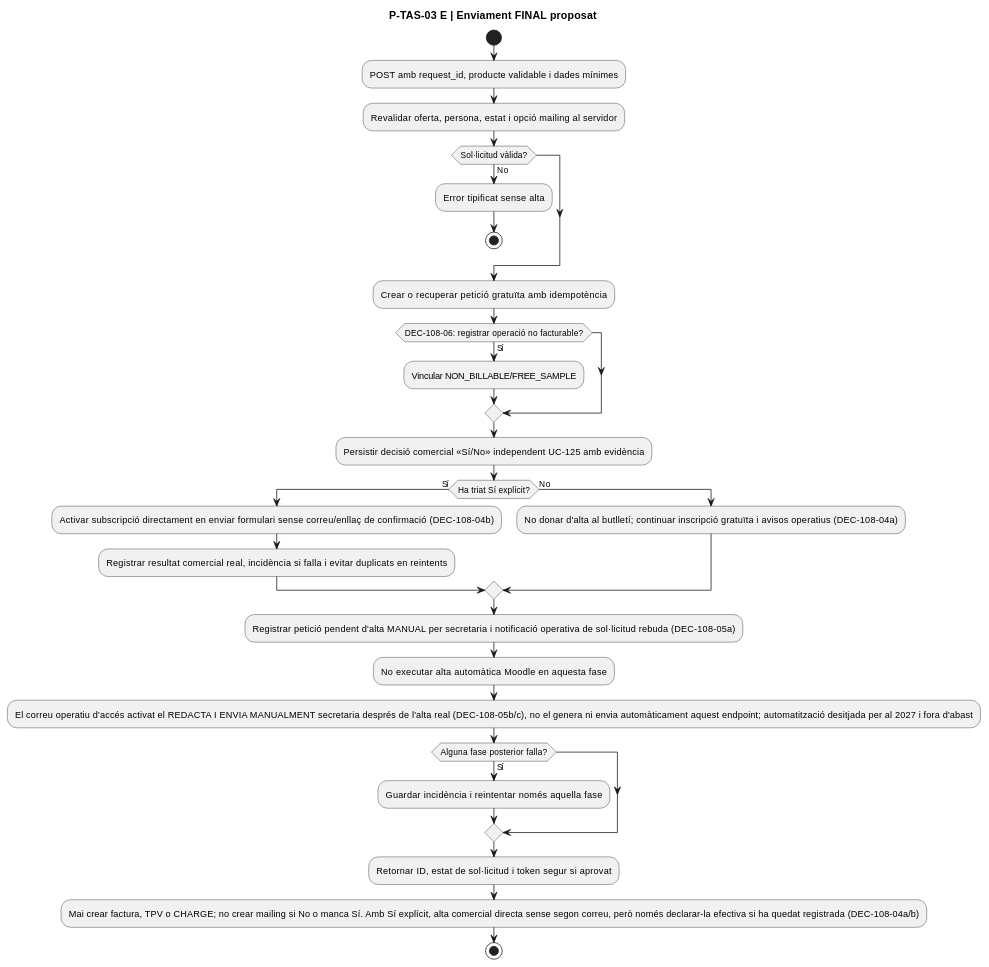
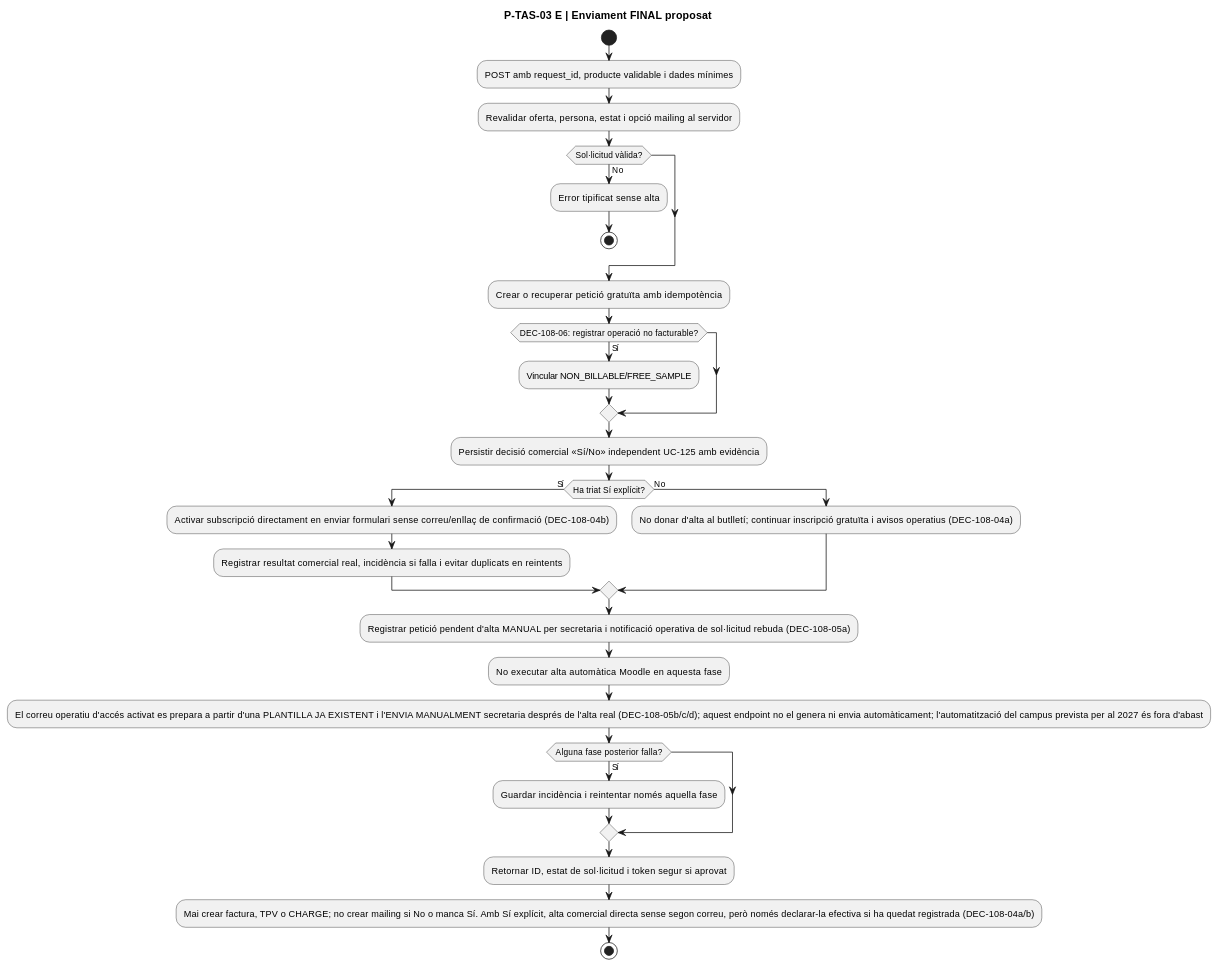
Before and after one commit to orgmeriemprismacat-del/verifactu: diagram 26 of 32 in documentacio/07-uml-integrat/uc-108-activitats-pagines-tastets-actual-final.md, drawn with PlantUML. The commit also changed other lines of this file, not shown here.

````diff
--- a/documentacio/07-uml-integrat/uc-108-activitats-pagines-tastets-actual-final.md
+++ b/documentacio/07-uml-integrat/uc-108-activitats-pagines-tastets-actual-final.md
@@ -639,32 +639,32 @@
 ```plantuml
 @startuml
 title P-TAS-03 E | Enviament FINAL proposat
 start
 :POST amb request_id, producte validable i dades mínimes;
 :Revalidar oferta, persona, estat i opció mailing al servidor;
 if (Sol·licitud vàlida?) then (No)
   :Error tipificat sense alta;
   stop
 endif
 :Crear o recuperar petició gratuïta amb idempotència;
 if (DEC-108-06: registrar operació no facturable?) then (Sí)
   :Vincular NON_BILLABLE/FREE_SAMPLE;
 endif
 :Persistir decisió comercial «Sí/No» independent UC-125 amb evidència;
 if (Ha triat Sí explícit?) then (Sí)
   :Activar subscripció directament en enviar formulari sense correu/enllaç de confirmació (DEC-108-04b);
   :Registrar resultat comercial real, incidència si falla i evitar duplicats en reintents;
 else (No)
   :No donar d'alta al butlletí; continuar inscripció gratuïta i avisos operatius (DEC-108-04a);
 endif
 :Registrar petició pendent d'alta MANUAL per secretaria i notificació operativa de sol·licitud rebuda (DEC-108-05a);
 :No executar alta automàtica Moodle en aquesta fase;
-:El correu operatiu d'accés activat el REDACTA I ENVIA MANUALMENT secretaria després de l'alta real (DEC-108-05b/c), no el genera ni envia automàticament aquest endpoint; automatització desitjada per al 2027 i fora d'abast;
+:El correu operatiu d'accés activat es prepara a partir d'una PLANTILLA JA EXISTENT i l'ENVIA MANUALMENT secretaria després de l'alta real (DEC-108-05b/c/d); aquest endpoint no el genera ni envia automàticament; l'automatització del campus prevista per al 2027 és fora d'abast;
 if (Alguna fase posterior falla?) then (Sí)
   :Guardar incidència i reintentar només aquella fase;
 endif
 :Retornar ID, estat de sol·licitud i token segur si aprovat;
 :Mai crear factura, TPV o CHARGE; no crear mailing si No o manca Sí. Amb Sí explícit, alta comercial directa sense segon correu, però només declarar-la efectiva si ha quedat registrada (DEC-108-04a/b);
 stop
 @enduml
 ```
````
